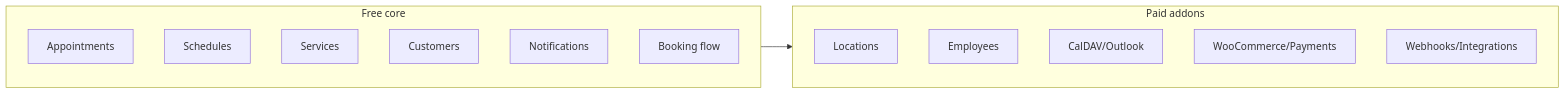
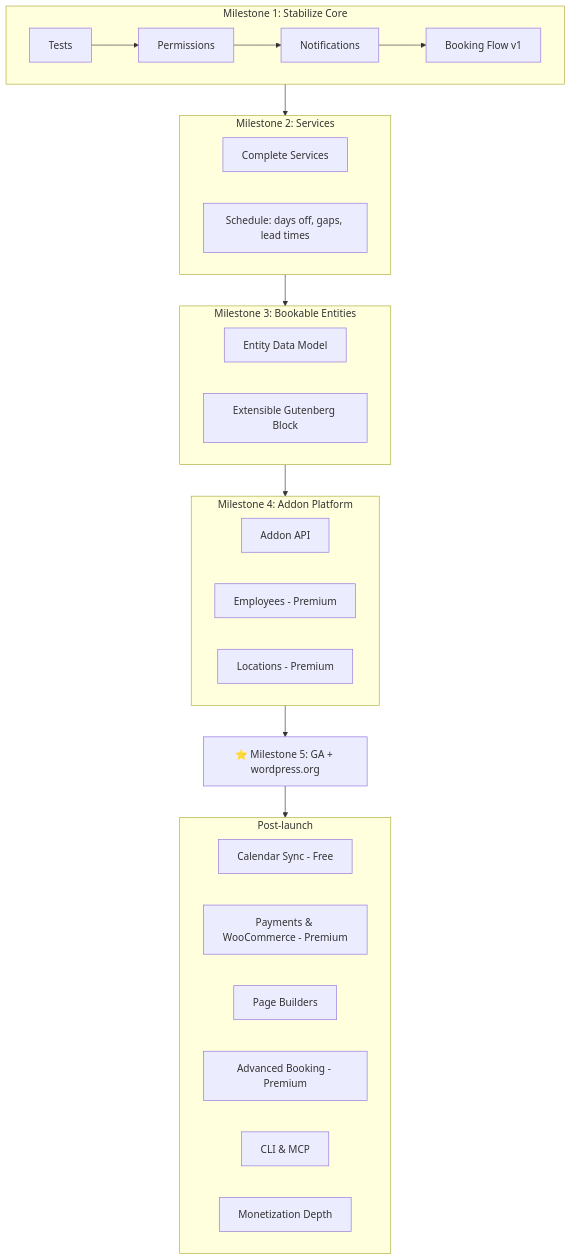
Before and after one commit to wpappointments/wpappointments: the diagram in docs/ROADMAP.md, drawn with Mermaid. The commit also changed other lines of this file, not shown here.

First line of the commit message:
Update ROADMAP.md with complete milestone plan and business decisions

````diff
--- a/docs/ROADMAP.md
+++ b/docs/ROADMAP.md
@@ -89,19 +182,33 @@
 ```mermaid
-flowchart LR
-  subgraph core [Free core]
-    A[Appointments]
-    B[Schedules]
-    C[Services]
-    D[Customers]
-    E[Notifications]
-    F[Booking flow]
+flowchart TD
+  subgraph M1 [Milestone 1: Stabilize Core]
+    A1[Tests] --> A2[Permissions]
+    A2 --> A3[Notifications]
+    A3 --> A4[Booking Flow v1]
   end
-  subgraph addons [Paid addons]
-    G[Locations]
-    H[Employees]
-    I[CalDAV/Outlook]
-    J[WooCommerce/Payments]
-    K[Webhooks/Integrations]
+  subgraph M2 [Milestone 2: Services]
+    B1[Complete Services]
+    B2[Schedule: days off, gaps, lead times]
   end
-  core --> addons
+  subgraph M3 [Milestone 3: Bookable Entities]
+    C1[Entity Data Model]
+    C2[Extensible Gutenberg Block]
+  end
+  subgraph M4 [Milestone 4: Addon Platform]
+    D1[Addon API]
+    D2[Employees - Premium]
+    D3[Locations - Premium]
+  end
+  M5[⭐ Milestone 5: GA + wordpress.org]
+  subgraph post [Post-launch]
+    M6[Calendar Sync - Free]
+    M7[Payments & WooCommerce - Premium]
+    M8[Page Builders]
+    M9[Advanced Booking - Premium]
+    M10[CLI & MCP]
+    M11[Monetization Depth]
+  end
+
+  M1 --> M2 --> M3 --> M4 --> M5
+  M5 --> post
 ```
````
